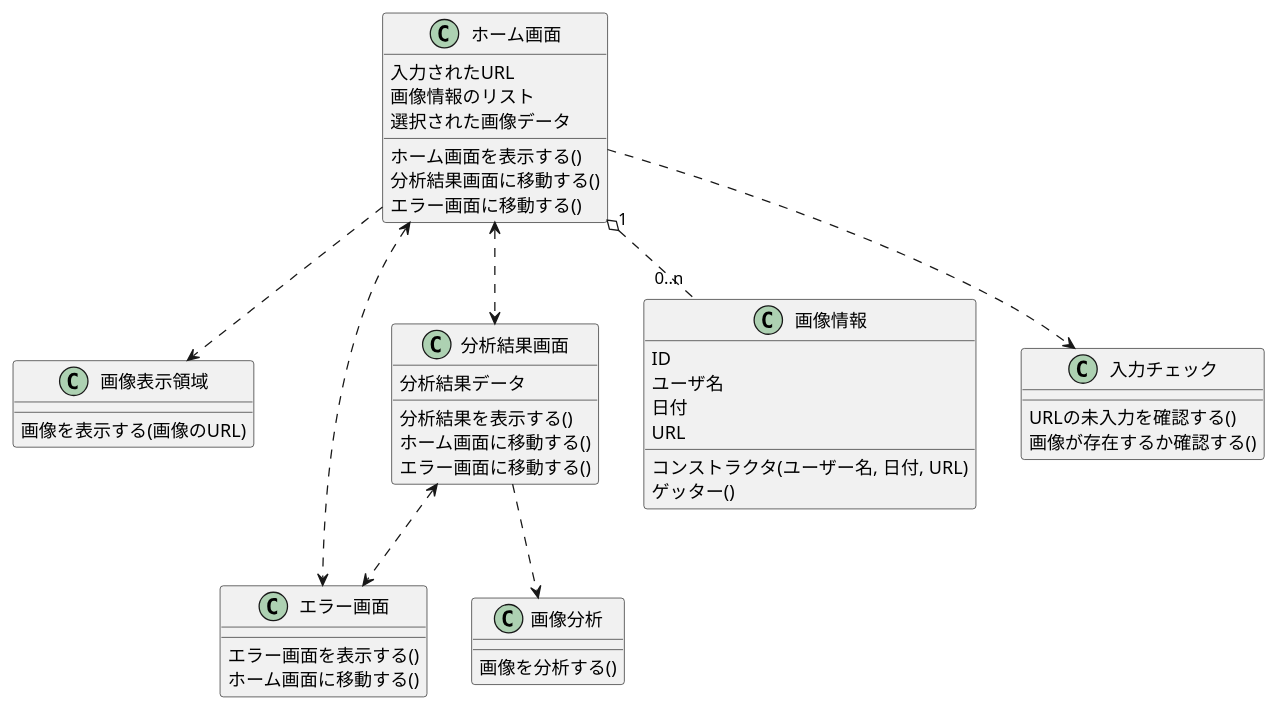
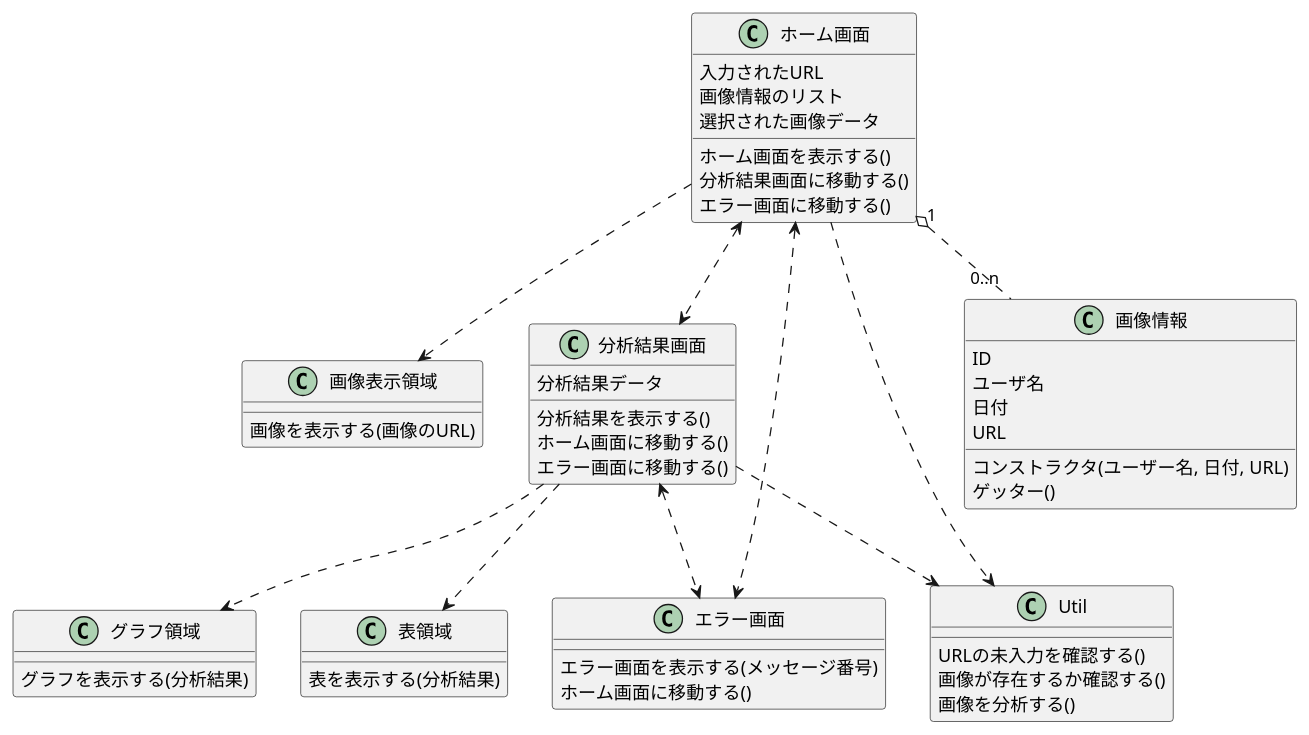
The diagram in uml/classDiag.pu (nishikawa1114/FaceEmotionSystem), drawn with PlantUML before and after one commit.

Commit message:
クラス図の修正

```diff
--- a/uml/classDiag.pu
+++ b/uml/classDiag.pu
@@ -1,54 +1,62 @@
 @startuml Face Emotion
 
 class ホーム画面 {
     入力されたURL
     画像情報のリスト
     選択された画像データ
     ホーム画面を表示する()
     分析結果画面に移動する()
     エラー画面に移動する()
 }
 
 class 画像表示領域 {
+    ' 画像情報のリスト
     画像を表示する(画像のURL)
 }
 
 class 分析結果画面 {
     分析結果データ
     分析結果を表示する()
     ホーム画面に移動する()
     エラー画面に移動する()
 }
 
-class エラー画面 {
-    エラー画面を表示する()
-    ホーム画面に移動する()
+class グラフ領域 {
+    グラフを表示する(分析結果)
 }
 
-class 画像分析 {
-    画像を分析する()
+class 表領域 {
+    表を表示する(分析結果)
+}
+
+class エラー画面 {
+    エラー画面を表示する(メッセージ番号)
+    ホーム画面に移動する()
 }
 
 class 画像情報 {
     ID
     ユーザ名
     日付
     URL
     コンストラクタ(ユーザー名, 日付, URL)
     ゲッター()
 }
 
-class 入力チェック {
+class Util {
     URLの未入力を確認する()
     画像が存在するか確認する()
+    画像を分析する()
 }
 
 ホーム画面 "1" o.. "0..n" 画像情報
-ホーム画面 ..> 入力チェック
+ホーム画面 ..> Util
 ホーム画面 ..> 画像表示領域
 ホーム画面 <..> エラー画面
 ホーム画面 <..> 分析結果画面
-分析結果画面 ..> 画像分析
+分析結果画面 ..> Util
+分析結果画面 ..> グラフ領域
+分析結果画面 ..> 表領域
 分析結果画面 <..> エラー画面
 
 @enduml
```
